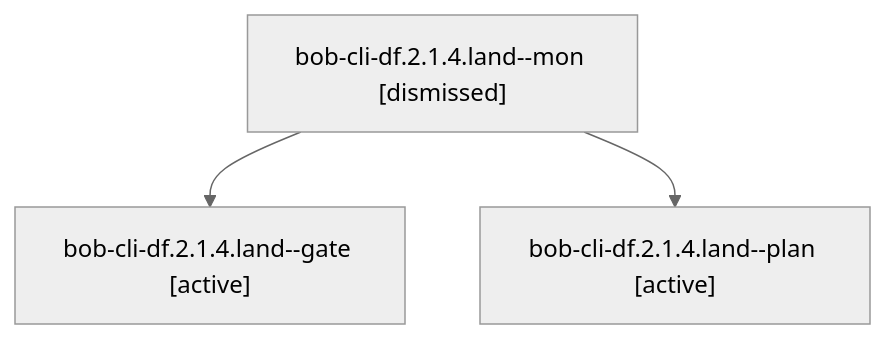
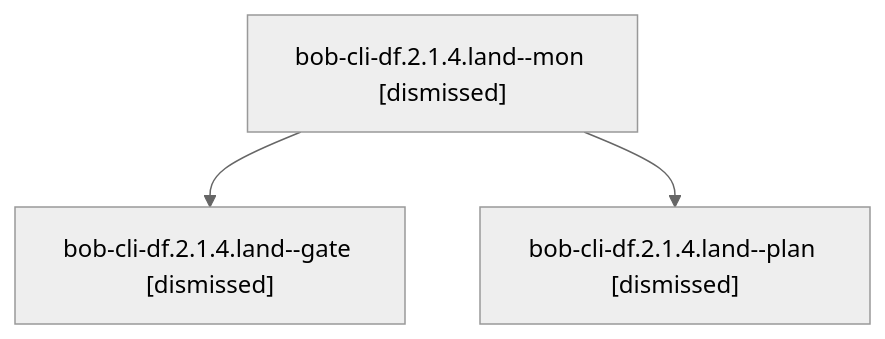
The diagram in sessions/bbugyi200.athena.bob-cli-df.2.1.4.land.md (bobs-org/bob-cli--agents), drawn with Mermaid (neutral theme) before and after one commit. The commit also changed other lines of this file and 155 other files, not shown here.

````diff
--- a/sessions/bbugyi200.athena.bob-cli-df.2.1.4.land.md
+++ b/sessions/bbugyi200.athena.bob-cli-df.2.1.4.land.md
@@ -9,8 +9,8 @@
 ```mermaid
 flowchart TD
   n0["bob-cli-df.2.1.4.land--mon [dismissed]"]
-  n1["bob-cli-df.2.1.4.land--gate [active]"]
+  n1["bob-cli-df.2.1.4.land--gate [dismissed]"]
   n0 --> n1
-  n2["bob-cli-df.2.1.4.land--plan [active]"]
+  n2["bob-cli-df.2.1.4.land--plan [dismissed]"]
   n0 --> n2
 ```
````
